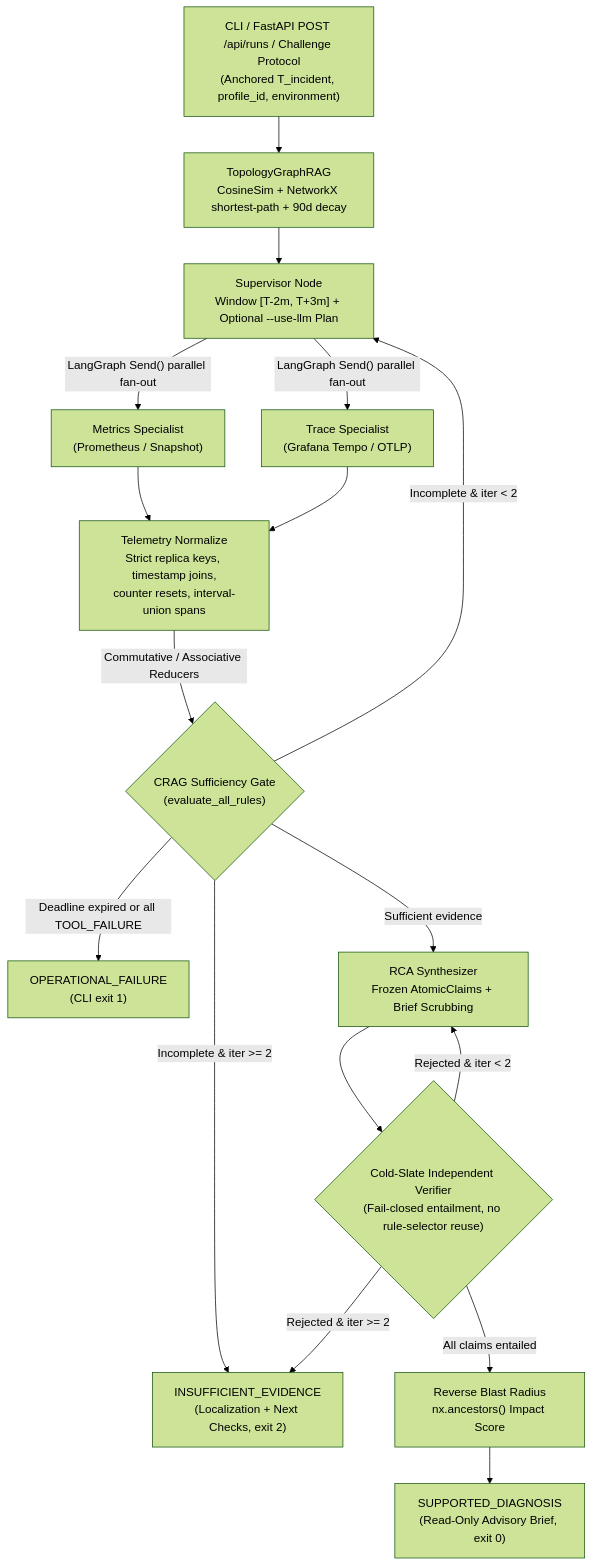
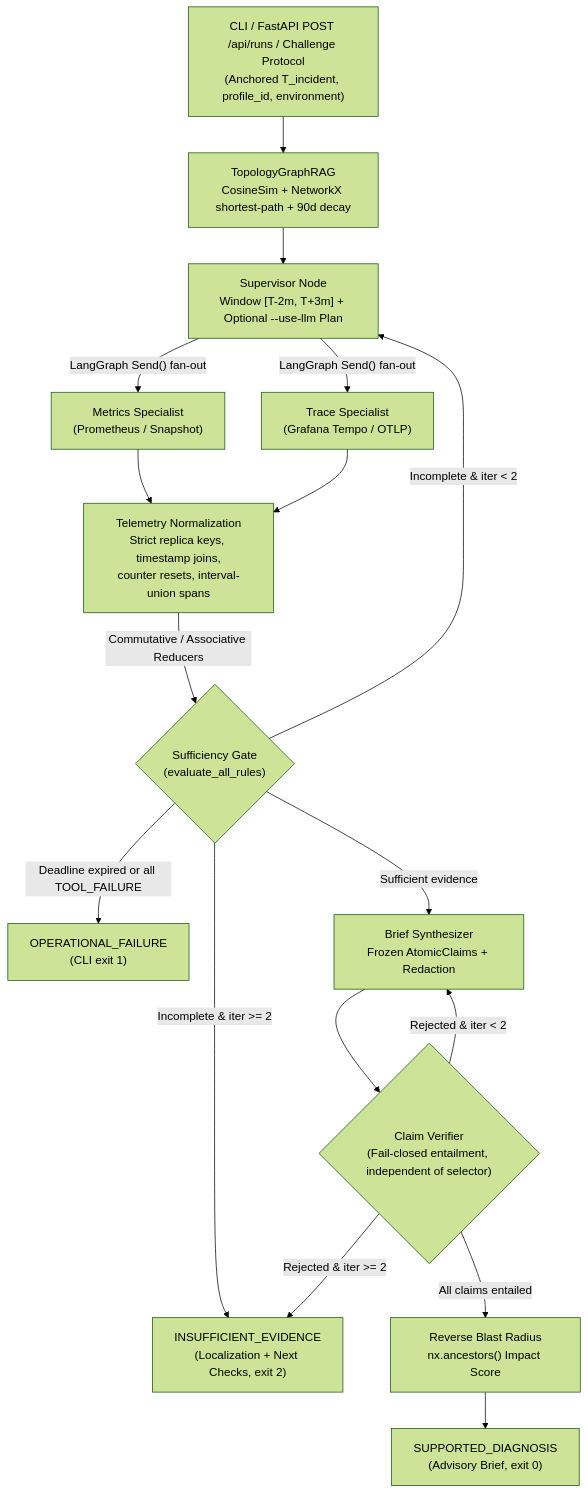
Before and after one commit to vedant-asati/sentinel-ops: the diagram in ARCHITECTURE.md, drawn with Mermaid (forest theme). The commit also changed other lines of this file and 6 other files, not shown here.

````diff
--- a/ARCHITECTURE.md
+++ b/ARCHITECTURE.md
@@ -9,24 +9,24 @@
 ```mermaid
 flowchart TD
     Intake["CLI / FastAPI POST /api/runs / Challenge Protocol\n(Anchored T_incident, profile_id, environment)"] --> GraphRAG["TopologyGraphRAG\nCosineSim + NetworkX shortest-path + 90d decay"]
     GraphRAG --> Supervisor["Supervisor Node\nWindow [T-2m, T+3m] + Optional --use-llm Plan"]
 
-    Supervisor -->|"LangGraph Send() parallel fan-out"| Metrics["Metrics Specialist\n(Prometheus / Snapshot)"]
-    Supervisor -->|"LangGraph Send() parallel fan-out"| Traces["Trace Specialist\n(Grafana Tempo / OTLP)"]
+    Supervisor -->|"LangGraph Send() fan-out"| Metrics["Metrics Specialist\n(Prometheus / Snapshot)"]
+    Supervisor -->|"LangGraph Send() fan-out"| Traces["Trace Specialist\n(Grafana Tempo / OTLP)"]
 
-    Metrics --> Normalize["Telemetry Normalize\nStrict replica keys, timestamp joins,\ncounter resets, interval-union spans"]
+    Metrics --> Normalize["Telemetry Normalization\nStrict replica keys, timestamp joins,\ncounter resets, interval-union spans"]
     Traces --> Normalize
 
-    Normalize -->|"Commutative / Associative Reducers"| CRAG{"CRAG Sufficiency Gate\n(evaluate_all_rules)"}
+    Normalize -->|"Commutative / Associative Reducers"| CRAG{"Sufficiency Gate\n(evaluate_all_rules)"}
 
     CRAG -->|"Deadline expired or all TOOL_FAILURE"| OpFail["OPERATIONAL_FAILURE\n(CLI exit 1)"]
     CRAG -->|"Incomplete & iter < 2"| Supervisor
     CRAG -->|"Incomplete & iter >= 2"| Abstain["INSUFFICIENT_EVIDENCE\n(Localization + Next Checks, exit 2)"]
-    CRAG -->|"Sufficient evidence"| Synth["RCA Synthesizer\nFrozen AtomicClaims + Brief Scrubbing"]
+    CRAG -->|"Sufficient evidence"| Synth["Brief Synthesizer\nFrozen AtomicClaims + Redaction"]
 
-    Synth --> Verifier{"Cold-Slate Independent Verifier\n(Fail-closed entailment, no rule-selector reuse)"}
+    Synth --> Verifier{"Claim Verifier\n(Fail-closed entailment, independent of selector)"}
     Verifier -->|"Rejected & iter < 2"| Synth
     Verifier -->|"Rejected & iter >= 2"| Abstain
     Verifier -->|"All claims entailed"| Blast["Reverse Blast Radius\nnx.ancestors() Impact Score"]
-    Blast --> Supported["SUPPORTED_DIAGNOSIS\n(Read-Only Advisory Brief, exit 0)"]
+    Blast --> Supported["SUPPORTED_DIAGNOSIS\n(Advisory Brief, exit 0)"]
 ```
````
